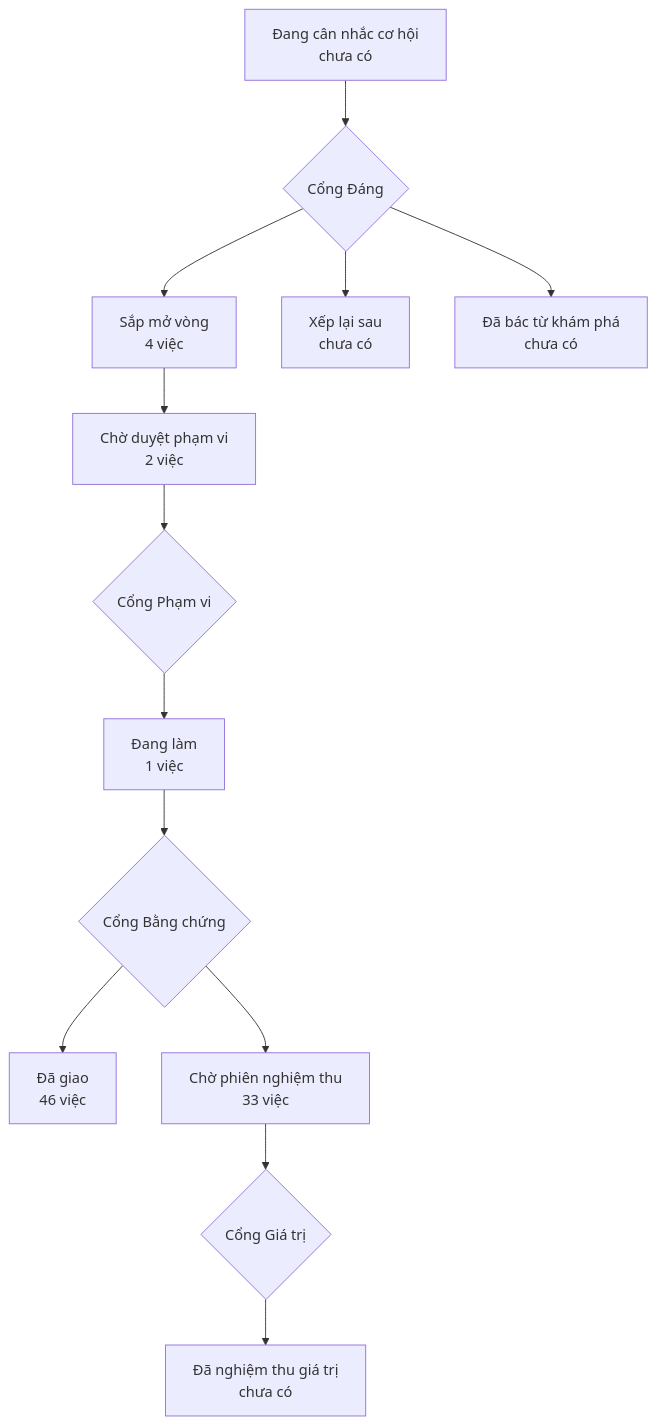
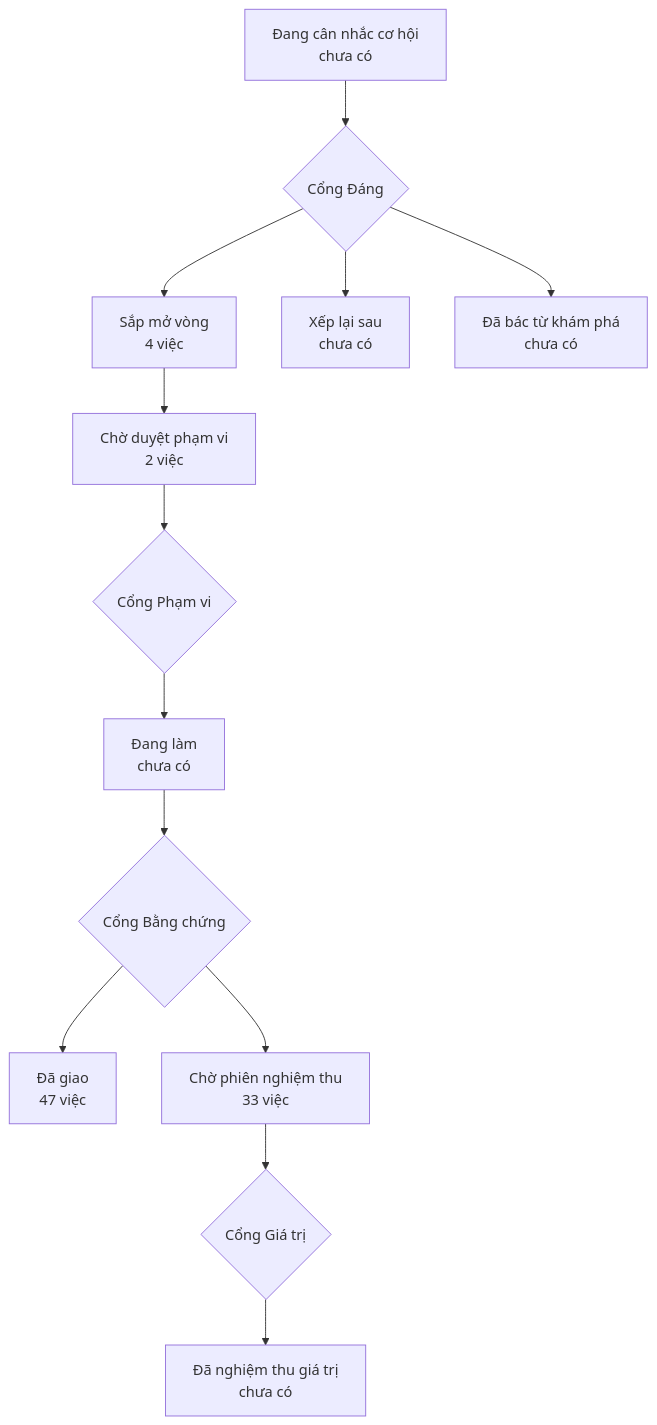
Before and after one commit to phanlemanh/onehub-invest: the diagram in PRODUCT-MAP.md, drawn with Mermaid. The commit also changed other lines of this file and 5 other files, not shown here.

Commit message:
test(acceptance): bằng chứng S4 vòng 1 test-anh-mau-co-manifest — PASS xanh-sạch, làn V

````diff
--- a/PRODUCT-MAP.md
+++ b/PRODUCT-MAP.md
@@ -7,12 +7,12 @@
 ```mermaid
 flowchart TD
   A["Đang cân nhắc cơ hội<br/>chưa có"] --> GD{"Cổng Đáng"}
   GD --> B["Sắp mở vòng<br/>4 việc"]
   GD --> XL["Xếp lại sau<br/>chưa có"]
   GD --> DB["Đã bác từ khám phá<br/>chưa có"]
   B --> CD["Chờ duyệt phạm vi<br/>2 việc"] --> GP{"Cổng Phạm vi"}
-  GP --> DL["Đang làm<br/>1 việc"] --> GB{"Cổng Bằng chứng"}
-  GB --> DG["Đã giao<br/>46 việc"]
+  GP --> DL["Đang làm<br/>chưa có"] --> GB{"Cổng Bằng chứng"}
+  GB --> DG["Đã giao<br/>47 việc"]
   GB --> CN["Chờ phiên nghiệm thu<br/>33 việc"] --> GG{"Cổng Giá trị"}
   GG --> NT["Đã nghiệm thu giá trị<br/>chưa có"]
 ```
````
